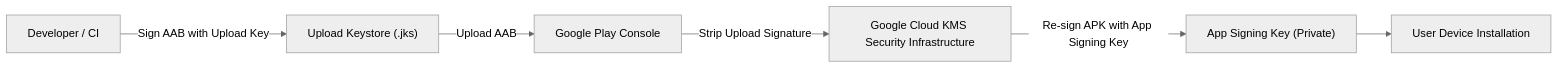
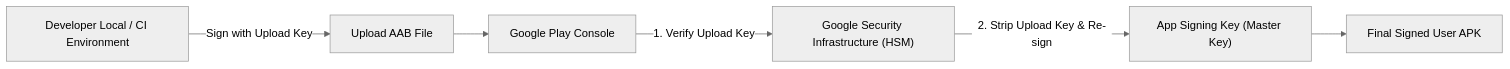
The diagram in 01_inbox/mobile/android/03_packaging_deployment/distribution/release-distribution-contracts/play-app-signing-separates-upload-key-and-app-signing-key.md (youngmin-gwon/what-i-studied), drawn with Mermaid (neutral theme) before and after one commit. The commit also changed other lines of this file and 134 other files, not shown here.

````diff
--- a/01_inbox/mobile/android/03_packaging_deployment/distribution/release-distribution-contracts/play-app-signing-separates-upload-key-and-app-signing-key.md
+++ b/01_inbox/mobile/android/03_packaging_deployment/distribution/release-distribution-contracts/play-app-signing-separates-upload-key-and-app-signing-key.md
@@ -19,8 +28,8 @@
 ```mermaid
 flowchart LR
-    Dev["Developer / CI"] -->|Sign AAB with Upload Key| UploadKey["Upload Keystore (.jks)"]
-    UploadKey -->|Upload AAB| PlayStore["Google Play Console"]
-    PlayStore -->|Strip Upload Signature| KMS["Google Cloud KMS Security Infrastructure"]
-    KMS -->|Re-sign APK with App Signing Key| AppSigningKey["App Signing Key (Private)"]
-    AppSigningKey --> UserDevice["User Device Installation"]
+    DevMachine["Developer Local / CI Environment"] -->|Sign with Upload Key| UploadAAB["Upload AAB File"]
+    UploadAAB --> PlayConsole["Google Play Console"]
+    PlayConsole -->|1. Verify Upload Key| HSM["Google Security Infrastructure (HSM)"]
+    HSM -->|2. Strip Upload Key & Re-sign| AppKey["App Signing Key (Master Key)"]
+    AppKey --> DistAPK["Final Signed User APK"]
 ```
````
